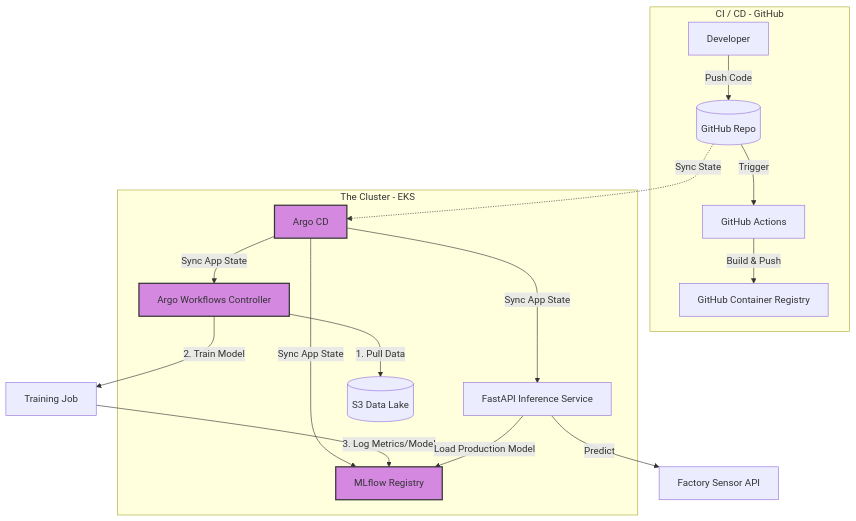
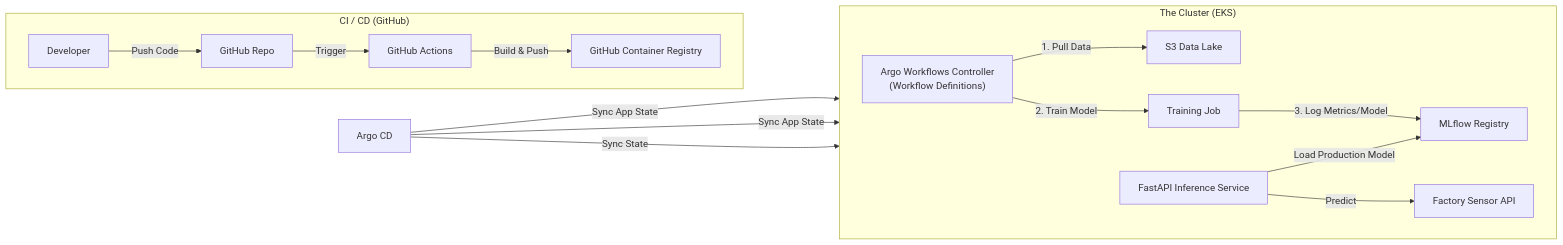
One commit to surabhisahay03/cloudguard-sentinel changed the diagram in README.md. Above: the diagram before and after it, drawn with Mermaid.

Commit message:
Update architecture diagram in README

````diff
--- a/README.md
+++ b/README.md
@@ -11,36 +11,45 @@
 ```mermaid
-graph TD
-    subgraph CI_CD [CI / CD - GitHub]
-        Dev[Developer] -->|Push Code| Repo[(GitHub Repo)]
-        Repo -->|Trigger| GHA[GitHub Actions]
-        GHA -->|Build & Push| GCR[GitHub Container Registry]
-    end
+flowchart LR
+  %% =========================
+  %% CloudGuard Sentinel - MLOps on EKS
+  %% =========================
 
-    subgraph EKS_Cluster [The Cluster - EKS]
-        ACD[Argo CD]
-        AWC[Argo Workflows Controller]
-        MLF[MLflow Registry]
-        FAPI[FastAPI Inference Service]
-        S3[(S3 Data Lake)]
-    end
+  subgraph EKS["The Cluster (EKS)"]
+    direction LR
 
-    %% Argo CD Sync Flows
-    Repo -.->|Sync State| ACD
-    ACD -->|Sync App State| AWC
-    ACD -->|Sync App State| FAPI
-    ACD -->|Sync App State| MLF
+    ArgoWF["Argo Workflows Controller\n(Workflow Definitions)"]
+    TrainJob["Training Job"]
+    S3["S3 Data Lake"]
+    FastAPI["FastAPI Inference Service"]
+    MLflow["MLflow Registry"]
+    FactoryAPI["Factory Sensor API"]
 
-    %% ML Lifecycle / Argo Workflows
-    AWC -->|1. Pull Data| S3
-    AWC -->|2. Train Model| Train[Training Job]
-    Train -->|3. Log Metrics/Model| MLF
-    
-    %% Serving Lifecycle
-    FAPI -->|Load Production Model| MLF
-    FAPI -->|Predict| Sensor[Factory Sensor API]
+    %% Training flow
+    ArgoWF -- "1. Pull Data" --> S3
+    ArgoWF -- "2. Train Model" --> TrainJob
+    TrainJob -- "3. Log Metrics/Model" --> MLflow
 
-    %% Styling to match the provided image colors
-    style ACD fill:#d488e0,stroke:#333,stroke-width:2px
-    style AWC fill:#d488e0,stroke:#333,stroke-width:2px
-    style MLF fill:#d488e0,stroke:#333,stroke-width:2px
+    %% Inference flow
+    FastAPI -- "Load Production Model" --> MLflow
+    FastAPI -- "Predict" --> FactoryAPI
+  end
+
+  %% GitOps
+  ArgoCD["Argo CD"]
+  ArgoCD -- "Sync App State" --> FastAPI
+  ArgoCD -- "Sync App State" --> ArgoWF
+  ArgoCD -- "Sync State" --> EKS
+
+  %% CI/CD
+  subgraph CICD["CI / CD (GitHub)"]
+    direction LR
+    Dev["Developer"]
+    Repo["GitHub Repo"]
+    GHA["GitHub Actions"]
+    GHCR["GitHub Container Registry"]
+
+    Dev -- "Push Code" --> Repo
+    Repo -- "Trigger" --> GHA
+    GHA -- "Build & Push" --> GHCR
+  end
 ```
````
